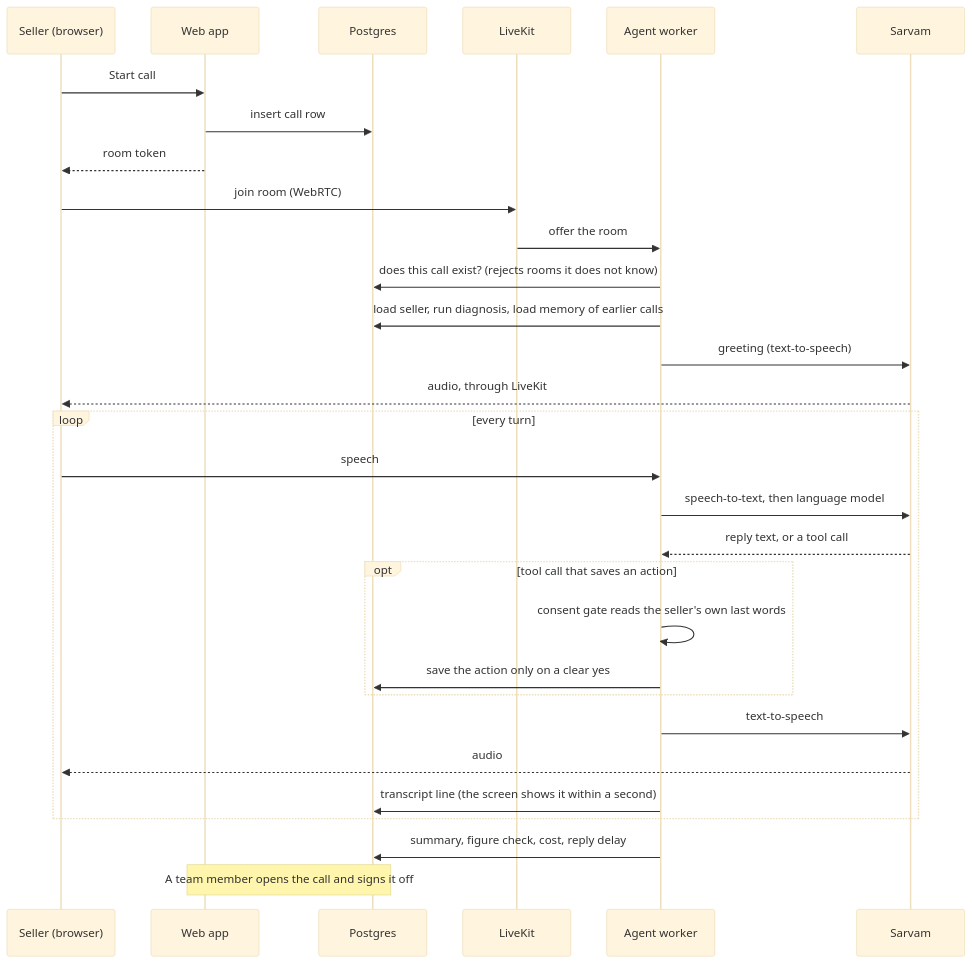
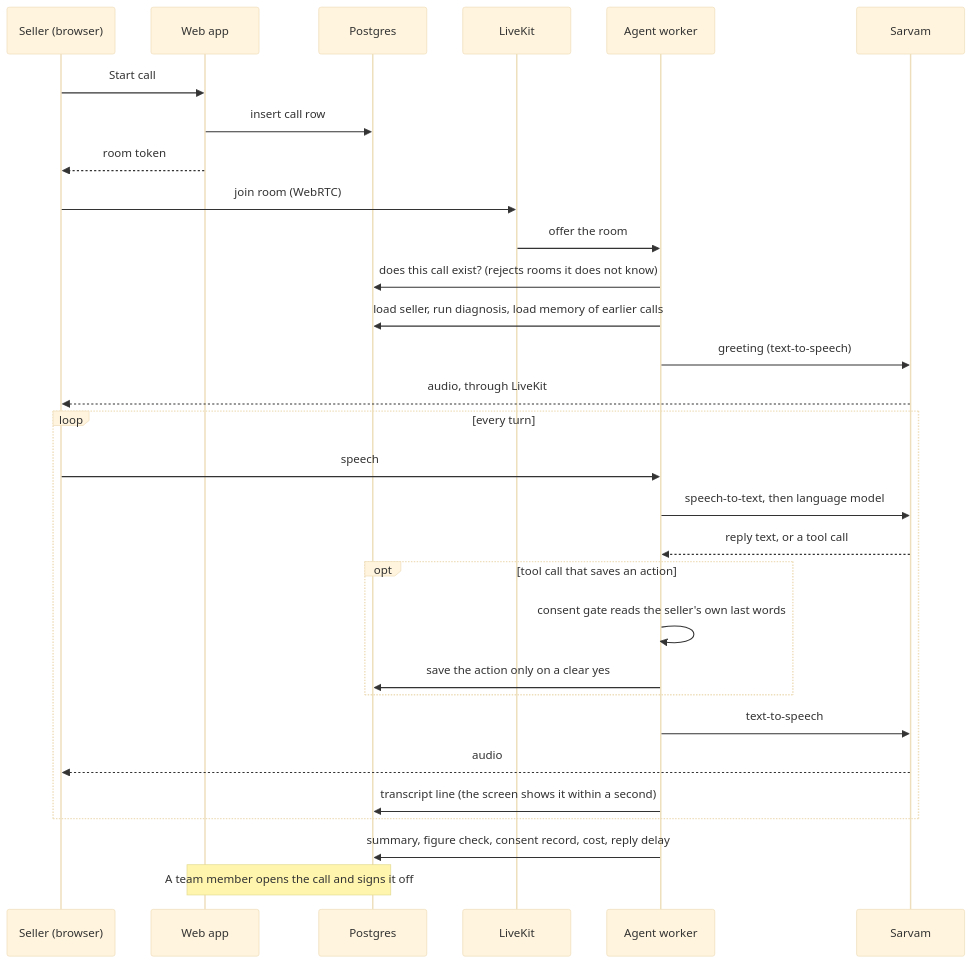
Before and after one commit to alphasafal/snapdeal-virtual-kam: the second of 3 diagrams in docs/ARCHITECTURE.md, drawn with Mermaid (base theme). The commit also changed other lines of this file and 11 other files, not shown here.

````diff
--- a/docs/ARCHITECTURE.md
+++ b/docs/ARCHITECTURE.md
@@ -72,33 +72,33 @@
 ```mermaid
 sequenceDiagram
   participant S as Seller (browser)
   participant W as Web app
   participant D as Postgres
   participant L as LiveKit
   participant A as Agent worker
   participant V as Sarvam
 
   S->>W: Start call
   W->>D: insert call row
   W-->>S: room token
   S->>L: join room (WebRTC)
   L->>A: offer the room
   A->>D: does this call exist? (rejects rooms it does not know)
   A->>D: load seller, run diagnosis, load memory of earlier calls
   A->>V: greeting (text-to-speech)
   V-->>S: audio, through LiveKit
   loop every turn
     S->>A: speech
     A->>V: speech-to-text, then language model
     V-->>A: reply text, or a tool call
     opt tool call that saves an action
       A->>A: consent gate reads the seller's own last words
       A->>D: save the action only on a clear yes
     end
     A->>V: text-to-speech
     V-->>S: audio
     A->>D: transcript line (the screen shows it within a second)
   end
-  A->>D: summary, figure check, cost, reply delay
+  A->>D: summary, figure check, consent record, cost, reply delay
   Note over W,D: A team member opens the call and signs it off
 ```
````
